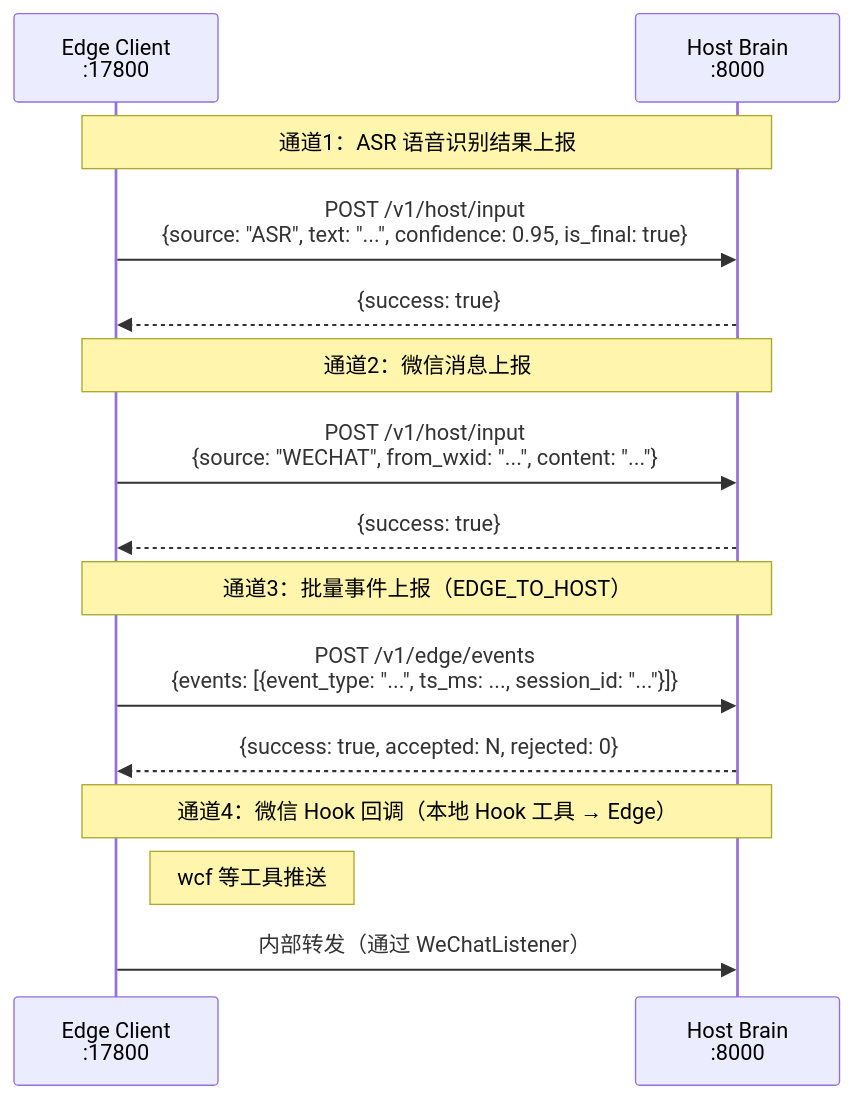
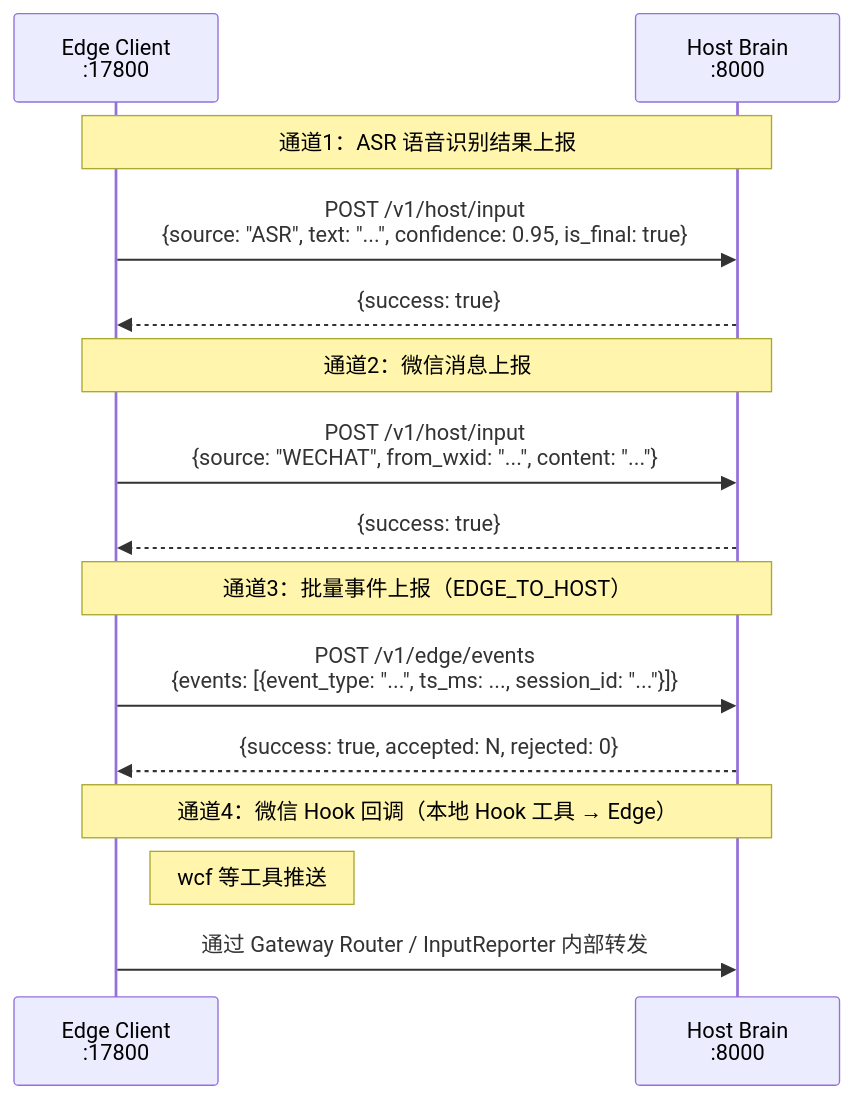
The third of 26 diagrams in docs/50_project/arch/dataflow_report.md (SakuraYoruno/Natsume_Ai), drawn with Mermaid before and after one commit. The commit also changed other lines of this file and 130 other files, not shown here.

Commit message:
Refactor core host edge runtime and expand coverage

````diff
--- a/docs/50_project/arch/dataflow_report.md
+++ b/docs/50_project/arch/dataflow_report.md
@@ -155,21 +155,21 @@
 ```mermaid
 sequenceDiagram
     participant EDGE as Edge Client<br/>:17800
     participant HOST as Host Brain<br/>:8000
 
     Note over EDGE,HOST: 通道1：ASR 语音识别结果上报
     EDGE->>HOST: POST /v1/host/input<br/>{source: "ASR", text: "...", confidence: 0.95, is_final: true}
     HOST-->>EDGE: {success: true}
 
     Note over EDGE,HOST: 通道2：微信消息上报
     EDGE->>HOST: POST /v1/host/input<br/>{source: "WECHAT", from_wxid: "...", content: "..."}
     HOST-->>EDGE: {success: true}
 
     Note over EDGE,HOST: 通道3：批量事件上报（EDGE_TO_HOST）
     EDGE->>HOST: POST /v1/edge/events<br/>{events: [{event_type: "...", ts_ms: ..., session_id: "..."}]}
     HOST-->>EDGE: {success: true, accepted: N, rejected: 0}
 
     Note over EDGE,HOST: 通道4：微信 Hook 回调（本地 Hook 工具 → Edge）
     Note right of EDGE: wcf 等工具推送
-    EDGE->>HOST: 内部转发（通过 WeChatListener）
+    EDGE->>HOST: 通过 Gateway Router / InputReporter 内部转发
 ```
````
